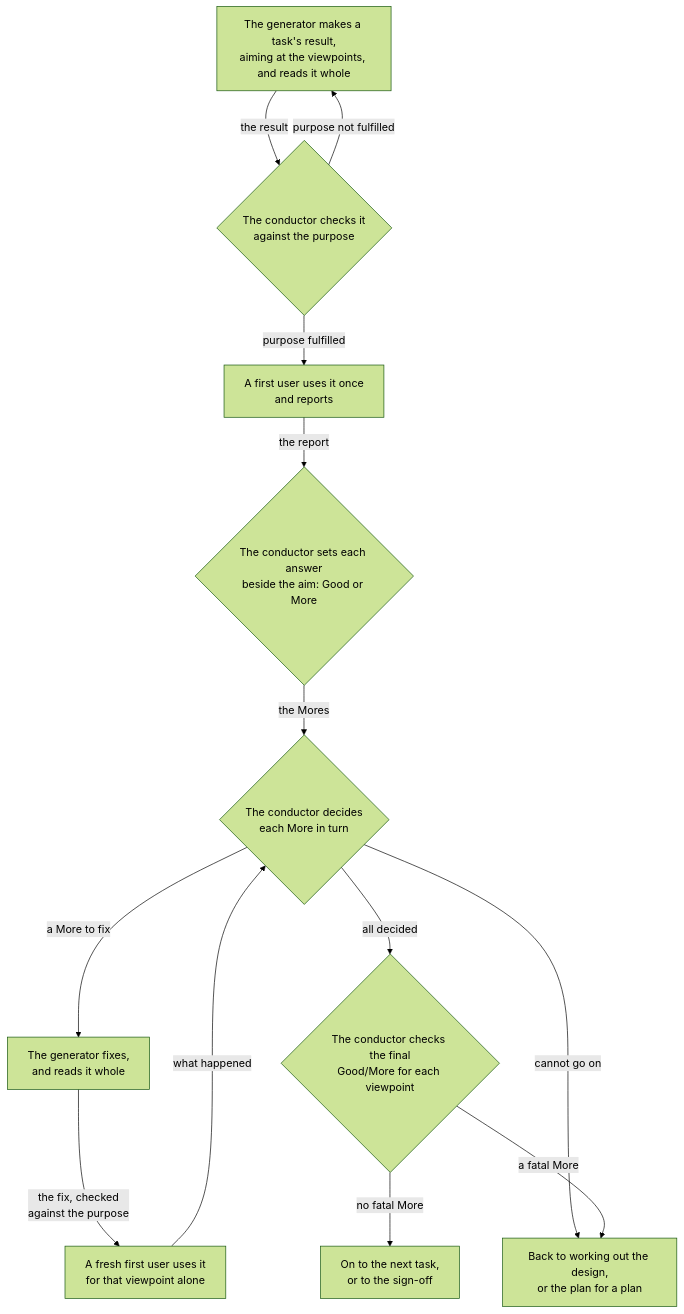
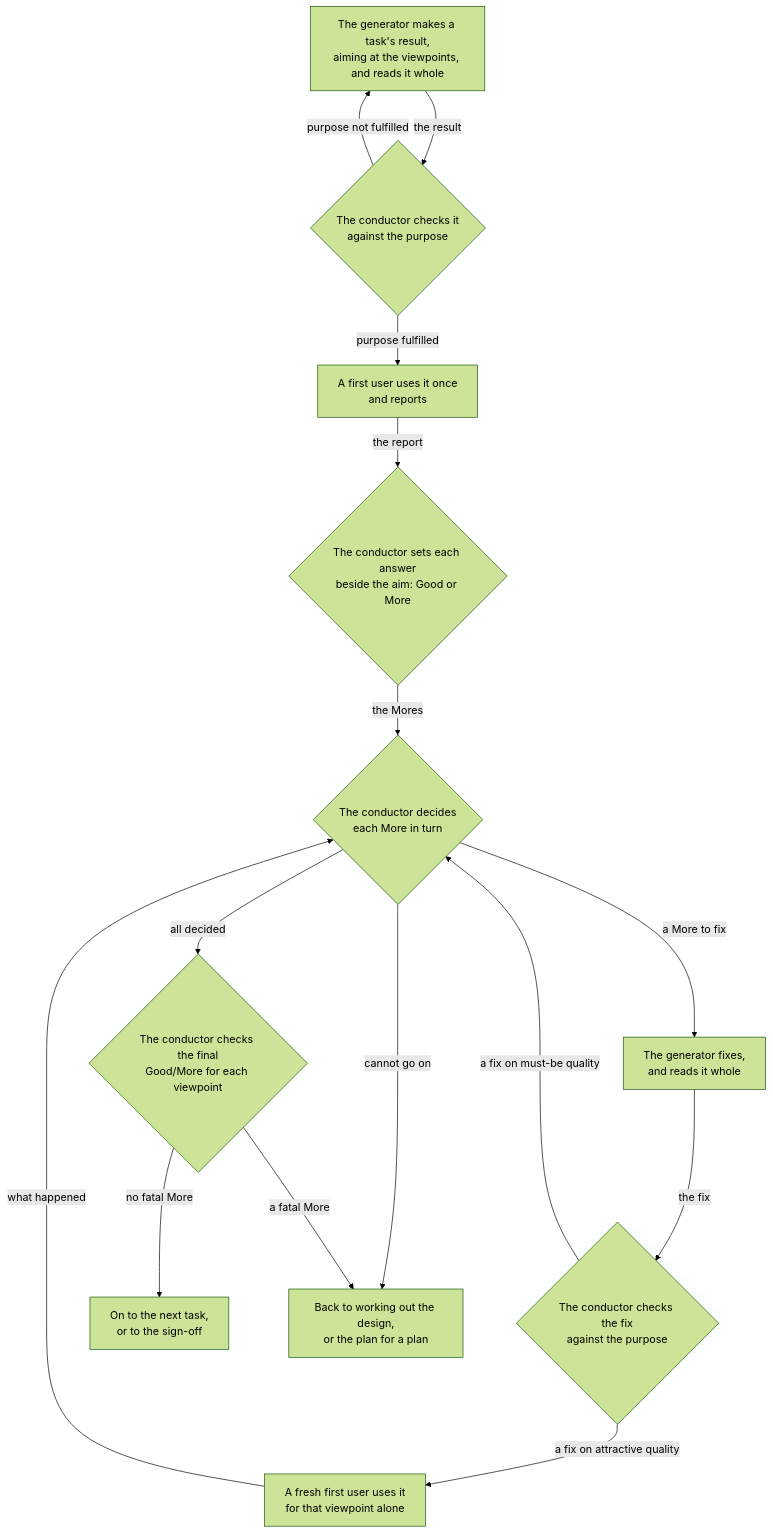
The third of 4 diagrams in rn/docs/design.md (lovaizu/ccpm), drawn with Mermaid (forest theme) before and after one commit. The commit also changed other lines of this file and 2 other files, not shown here.

First line of the commit message:
docs(rn): define each kind of stop, the open/ flow, how hooks see the user's approval, and scenes fixed in advance

````diff
--- a/rn/docs/design.md
+++ b/rn/docs/design.md
@@ -382,25 +397,28 @@
 ```mermaid
 flowchart TD
     M["The generator makes a task's result,<br/>aiming at the viewpoints, and reads it whole"]
     K{"The conductor checks it<br/>against the purpose"}
     V["A first user uses it once<br/>and reports"]
     KE{"The conductor sets each answer<br/>beside the aim: Good or More"}
     D{"The conductor decides<br/>each More in turn"}
     F["The generator fixes,<br/>and reads it whole"]
+    FK{"The conductor checks the fix<br/>against the purpose"}
     R["A fresh first user uses it<br/>for that viewpoint alone"]
     J{"The conductor checks the final<br/>Good/More for each viewpoint"}
     N["On to the next task,<br/>or to the sign-off"]
     U["Back to working out the design,<br/>or the plan for a plan"]
     M -->|"the result"| K
     K -->|"purpose not fulfilled"| M
     K -->|"purpose fulfilled"| V
     V -->|"the report"| KE
     KE -->|"the Mores"| D
     D -->|"a More to fix"| F
-    F -->|"the fix, checked<br/>against the purpose"| R
+    F -->|"the fix"| FK
+    FK -->|"a fix on attractive quality"| R
+    FK -->|"a fix on must-be quality"| D
     R -->|"what happened"| D
     D -->|"all decided"| J
     D -->|"cannot go on"| U
     J -->|"no fatal More"| N
     J -->|"a fatal More"| U
 ```
````
